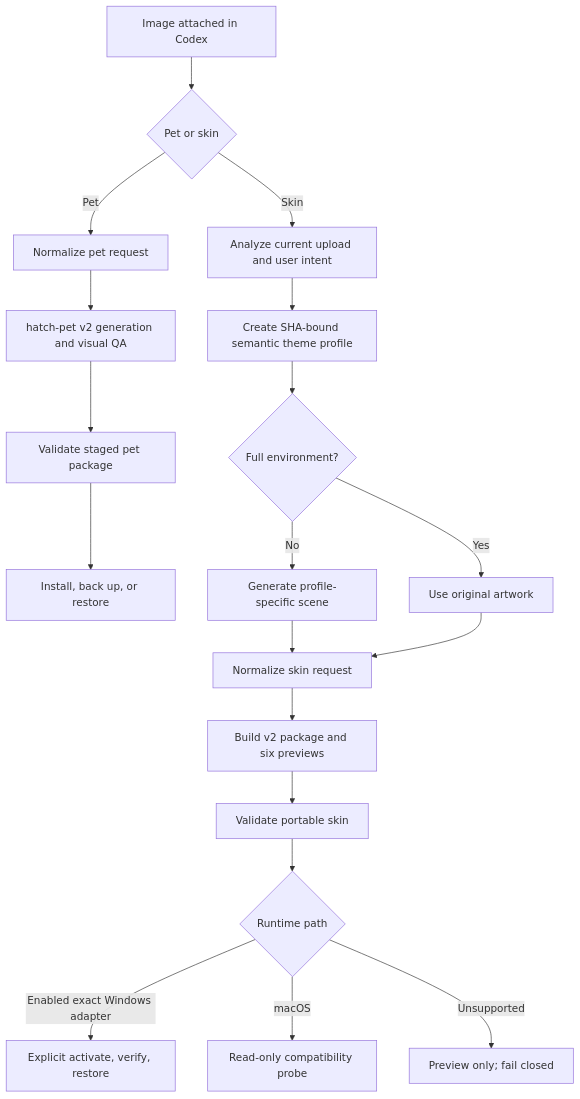
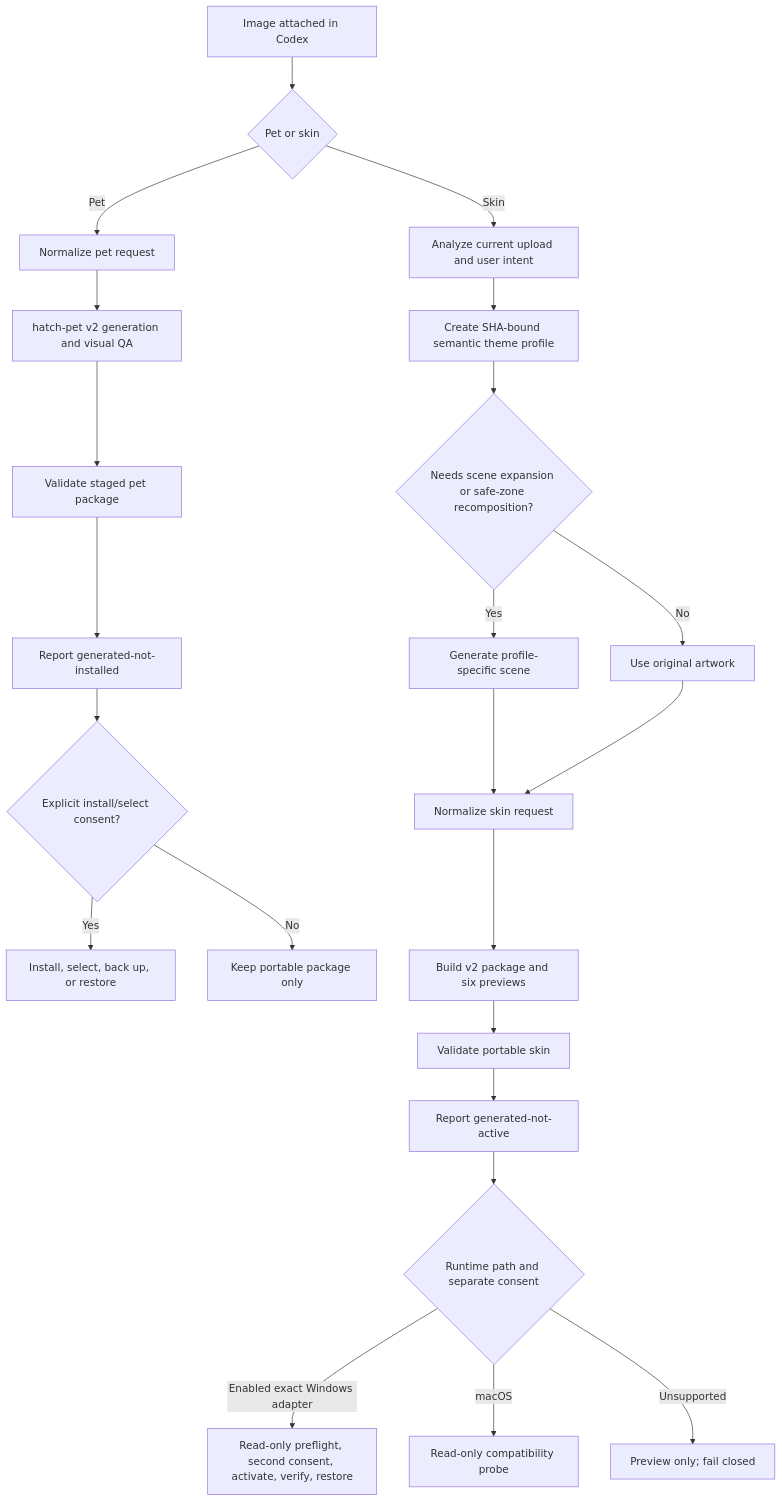
One commit to chromapaw/codex-chromapaw changed the diagram in docs/ARCHITECTURE.md. Above: the diagram before and after it, drawn with Mermaid. The commit also changed other lines of this file and 39 other files, not shown here.

````diff
--- a/docs/ARCHITECTURE.md
+++ b/docs/ARCHITECTURE.md
@@ -5,21 +5,25 @@
 ```mermaid
 flowchart TD
     A["Image attached in Codex"] --> B{"Pet or skin"}
     B -->|"Pet"| C["Normalize pet request"]
     C --> D["hatch-pet v2 generation and visual QA"]
     D --> E["Validate staged pet package"]
-    E --> F["Install, back up, or restore"]
+    E --> F["Report generated-not-installed"]
+    F --> F2{"Explicit install/select consent?"}
+    F2 -->|"Yes"| F3["Install, select, back up, or restore"]
+    F2 -->|"No"| F4["Keep portable package only"]
     B -->|"Skin"| G["Analyze current upload and user intent"]
     G --> H["Create SHA-bound semantic theme profile"]
-    H --> I{"Full environment?"}
-    I -->|"No"| J["Generate profile-specific scene"]
-    I -->|"Yes"| K["Use original artwork"]
+    H --> I{"Needs scene expansion or safe-zone recomposition?"}
+    I -->|"Yes"| J["Generate profile-specific scene"]
+    I -->|"No"| K["Use original artwork"]
     J --> L["Normalize skin request"]
     K --> L
     L --> M["Build v2 package and six previews"]
     M --> N["Validate portable skin"]
-    N --> O{"Runtime path"}
-    O -->|"Enabled exact Windows adapter"| P["Explicit activate, verify, restore"]
+    N --> N2["Report generated-not-active"]
+    N2 --> O{"Runtime path and separate consent"}
+    O -->|"Enabled exact Windows adapter"| P["Read-only preflight, second consent, activate, verify, restore"]
     O -->|"macOS"| Q["Read-only compatibility probe"]
     O -->|"Unsupported"| R["Preview only; fail closed"]
 ```
````
